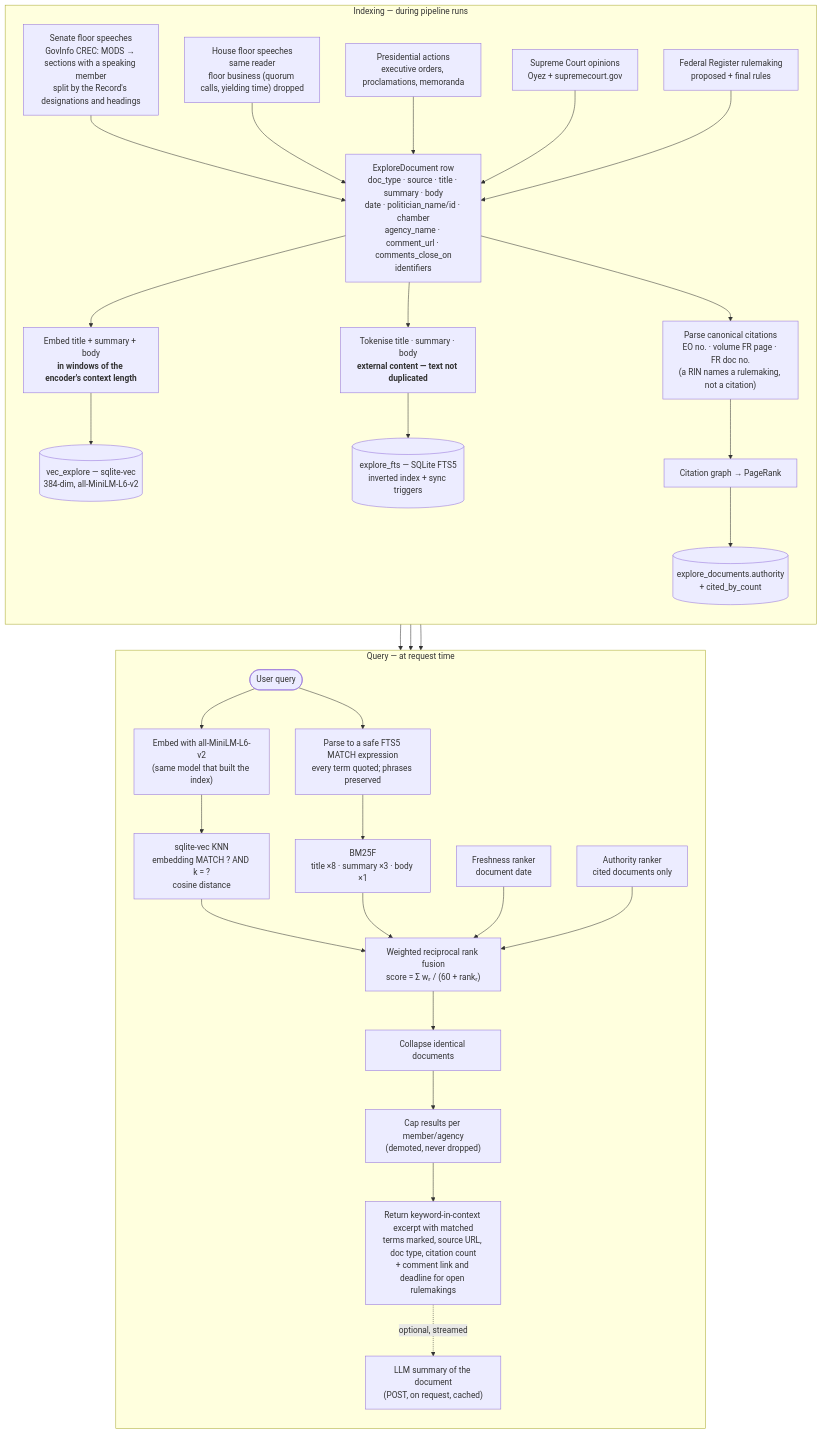
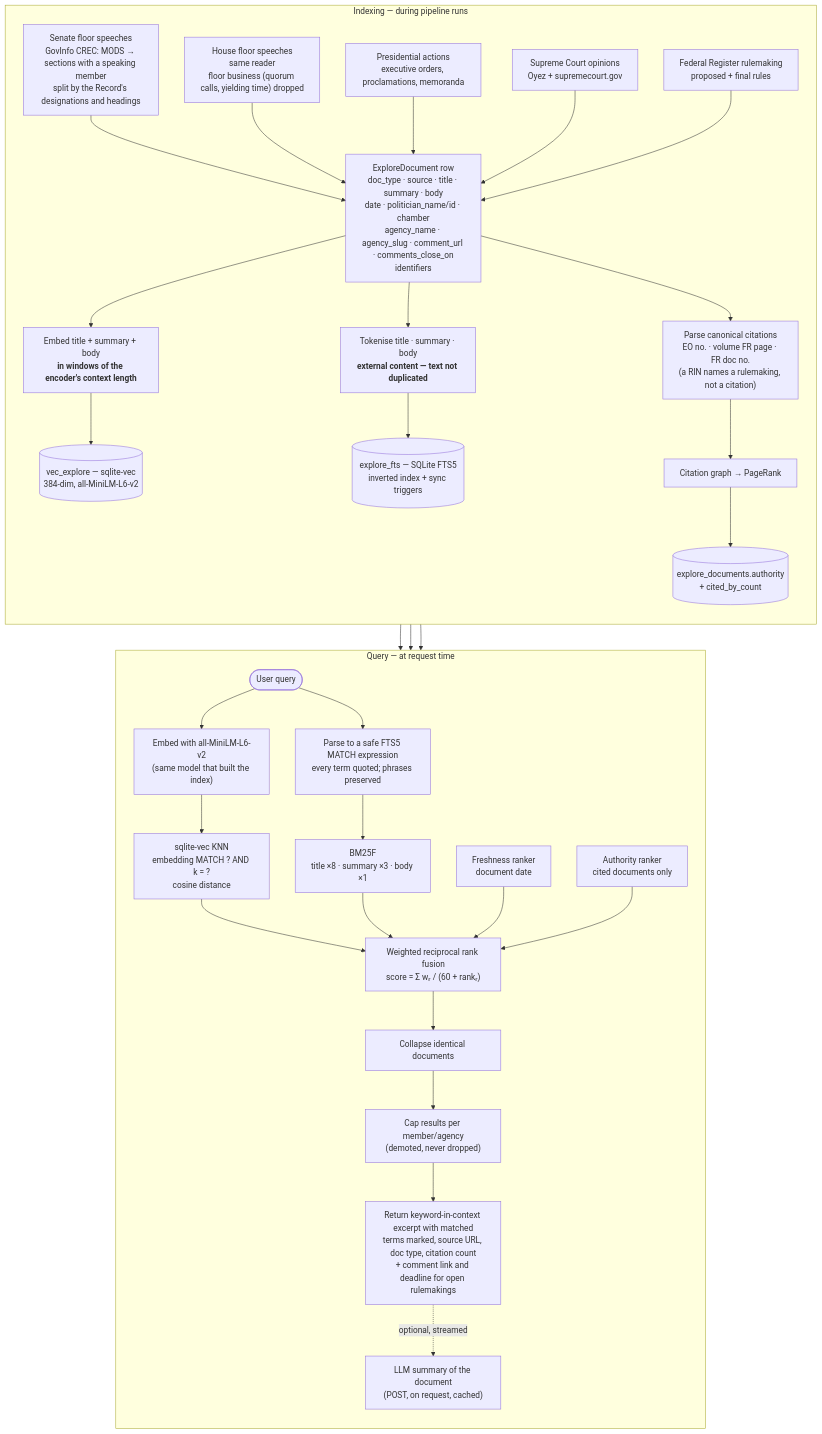
Before and after one commit to kamoras/civitas: the diagram in docs/diagrams/09-explore-search.md, drawn with Mermaid. The commit also changed 52 other files, not shown here.

````diff
--- a/docs/diagrams/09-explore-search.md
+++ b/docs/diagrams/09-explore-search.md
@@ -9,53 +9,53 @@
 ```mermaid
 flowchart TB
     subgraph INDEX["Indexing — during pipeline runs"]
         direction TB
         S1["Senate floor speeches<br/>GovInfo CREC: MODS → sections with a speaking member<br/>split by the Record's designations and headings"]
         S2["House floor speeches<br/>same reader<br/>floor business (quorum calls, yielding time) dropped"]
         S3["Presidential actions<br/>executive orders, proclamations, memoranda"]
         S4["Supreme Court opinions<br/>Oyez + supremecourt.gov"]
         S5["Federal Register rulemaking<br/>proposed + final rules"]
 
         S1 --> DOC
         S2 --> DOC
         S3 --> DOC
         S4 --> DOC
         S5 --> DOC
 
-        DOC["ExploreDocument row<br/>doc_type · source · title · summary · body<br/>date · politician_name/id · chamber<br/>agency_name · comment_url · comments_close_on<br/>identifiers"]
+        DOC["ExploreDocument row<br/>doc_type · source · title · summary · body<br/>date · politician_name/id · chamber<br/>agency_name · agency_slug · comment_url · comments_close_on<br/>identifiers"]
 
         DOC --> EMB["Embed title + summary + body<br/><b>in windows of the encoder's context length</b>"]
         DOC --> FTS["Tokenise title · summary · body<br/><b>external content — text not duplicated</b>"]
         DOC --> CITE["Parse canonical citations<br/>EO no. · volume FR page · FR doc no.<br/>(a RIN names a rulemaking, not a citation)"]
 
         EMB --> UPSERT[("vec_explore — sqlite-vec<br/>384-dim, all-MiniLM-L6-v2")]
         FTS --> FTSIDX[("explore_fts — SQLite FTS5<br/>inverted index + sync triggers")]
         CITE --> GRAPH["Citation graph → PageRank"]
         GRAPH --> AUTH[("explore_documents.authority<br/>+ cited_by_count")]
     end
 
     subgraph QUERY["Query — at request time"]
         direction TB
         Q(["User query"])
         Q --> QEMB["Embed with all-MiniLM-L6-v2<br/>(same model that built the index)"]
         Q --> QPARSE["Parse to a safe FTS5 MATCH expression<br/>every term quoted; phrases preserved"]
 
         QEMB --> ANN["sqlite-vec KNN<br/>embedding MATCH ? AND k = ?<br/>cosine distance"]
         QPARSE --> BM25["BM25F<br/>title ×8 · summary ×3 · body ×1"]
 
         ANN --> FUSE
         BM25 --> FUSE
         FRESH["Freshness ranker<br/>document date"] --> FUSE
         AUTHR["Authority ranker<br/>cited documents only"] --> FUSE
 
         FUSE["Weighted reciprocal rank fusion<br/>score = Σ wᵣ / (60 + rankᵣ)"]
         FUSE --> DEDUP["Collapse identical documents"]
         DEDUP --> DIV["Cap results per member/agency<br/>(demoted, never dropped)"]
         DIV --> OUT["Return keyword-in-context excerpt with matched<br/>terms marked, source URL, doc type, citation count<br/>+ comment link and deadline for open rulemakings"]
         OUT -.->|"optional, streamed"| SUM["LLM summary of the document<br/>(POST, on request, cached)"]
     end
 
     UPSERT --> ANN
     FTSIDX --> BM25
     AUTH --> AUTHR
 ```
````
